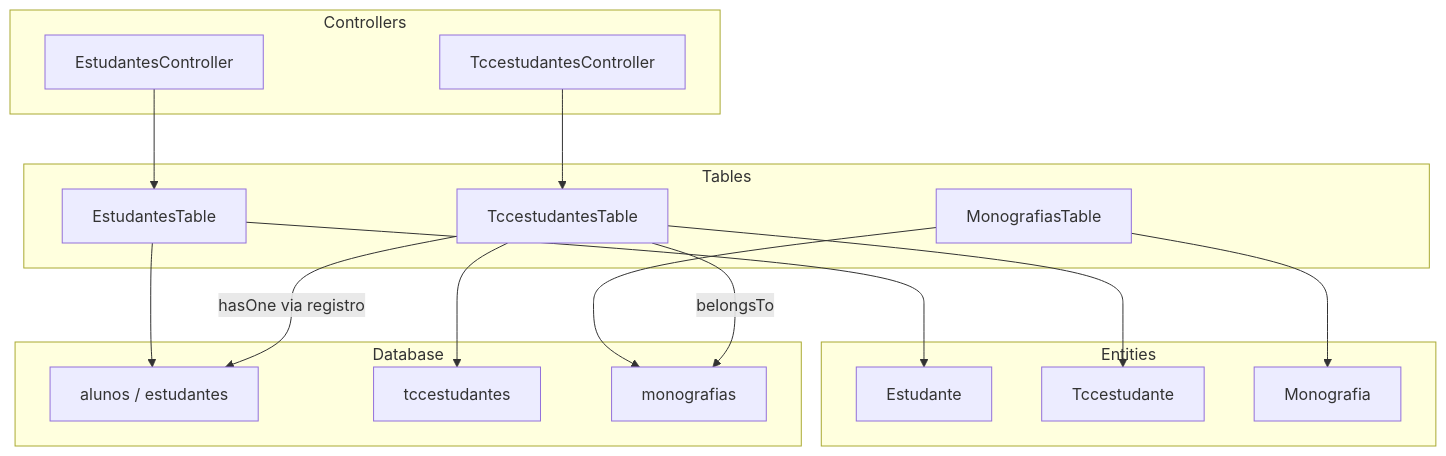
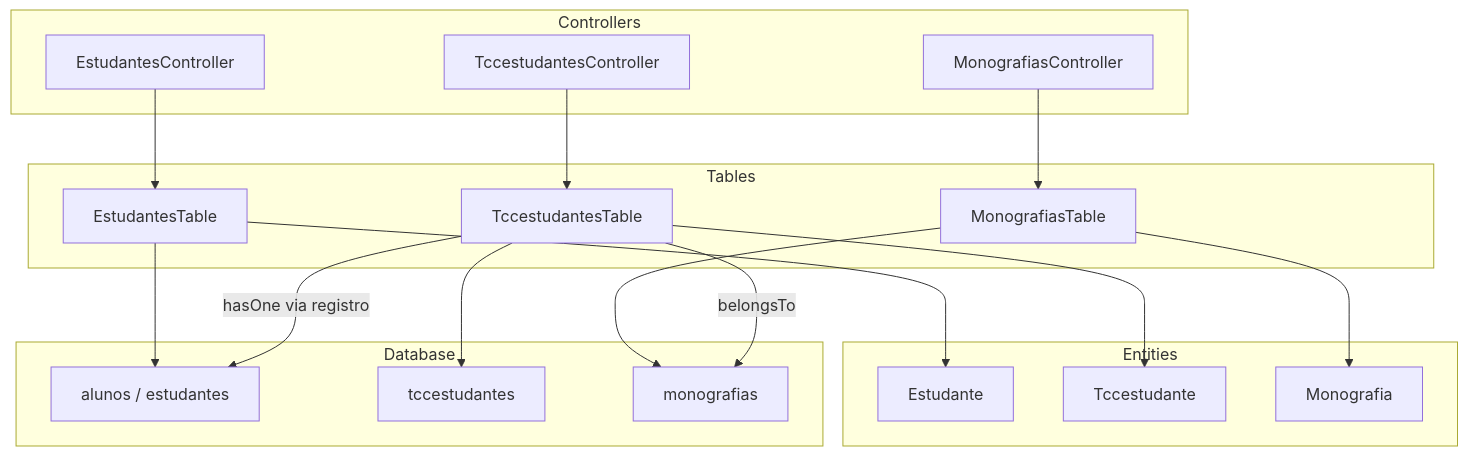
Before and after one commit to luiseduacosta/tcc4: the first of 8 diagrams in .qoder/repowiki/en/content/Student Management.md, drawn with Mermaid. The commit also changed other lines of this file and 101 other files, not shown here.

````diff
--- a/.qoder/repowiki/en/content/Student Management.md
+++ b/.qoder/repowiki/en/content/Student Management.md
@@ -41,32 +48,34 @@
 ```mermaid
 graph TB
 subgraph "Controllers"
 EC["EstudantesController"]
 TC["TccestudantesController"]
+MC["MonografiasController"]
 end
 subgraph "Tables"
 ET["EstudantesTable"]
 TT["TccestudantesTable"]
 MT["MonografiasTable"]
 end
 subgraph "Entities"
 E["Estudante"]
 T["Tccestudante"]
 M["Monografia"]
 end
 subgraph "Database"
 DB_ALUNOS["alunos / estudantes"]
 DB_TCC["tccestudantes"]
 DB_MONO["monografias"]
 end
 EC --> ET
 TC --> TT
+MC --> MT
 ET --> E
 TT --> T
 MT --> M
 ET --> DB_ALUNOS
 TT --> DB_TCC
 MT --> DB_MONO
 TT --> |belongsTo| DB_MONO
 TT --> |hasOne via registro| DB_ALUNOS
 ```
````
